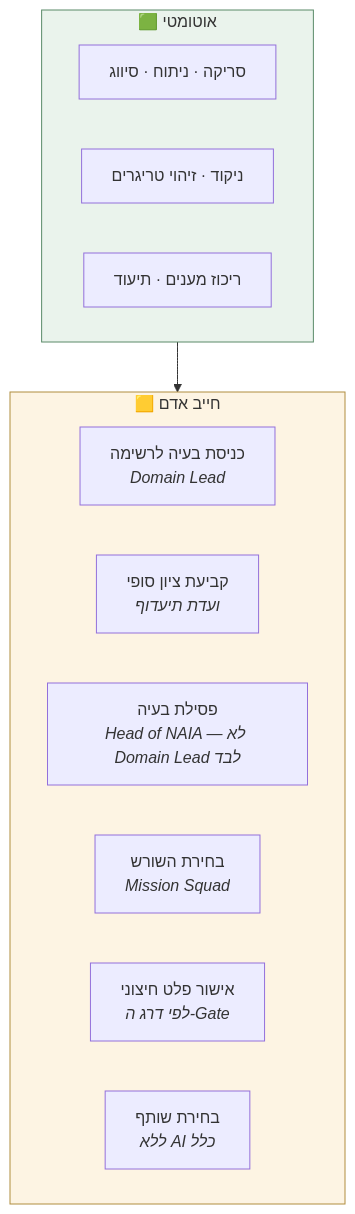
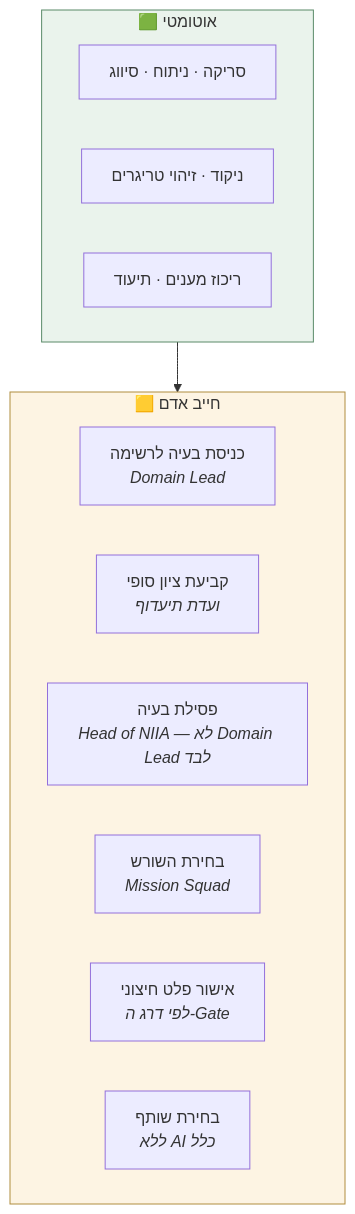
One commit to Strauss-X-Labs/NAIA-Playbook changed the sixth of 6 diagrams in Playbook V2/08-ארכיטקטורת-המימוש/00-מפת-הזרימה-המלאה.md. Above: the diagram before and after it, drawn with Mermaid. The commit also changed other lines of this file and 51 other files, not shown here.

First line of the commit message:
מתודולוגיה: עקרונות, מרשם שכבת הניהול, משקלות, Head of NIIA ותהליך עדכון

````diff
--- a/Playbook V2/08-ארכיטקטורת-המימוש/00-מפת-הזרימה-המלאה.md
+++ b/Playbook V2/08-ארכיטקטורת-המימוש/00-מפת-הזרימה-המלאה.md
@@ -252,19 +252,19 @@
 ```mermaid
 flowchart TB
     subgraph AUTO["🟩 אוטומטי"]
         X1["סריקה · ניתוח · סיווג"]
         X2["ניקוד · זיהוי טריגרים"]
         X3["ריכוז מענים · תיעוד"]
     end
     subgraph HUMAN["🟨 חייב אדם"]
         Y1["כניסת בעיה לרשימה<br/><i>Domain Lead</i>"]
         Y2["קביעת ציון סופי<br/><i>ועדת תיעדוף</i>"]
-        Y3["פסילת בעיה<br/><i>Head of NAIA — לא Domain Lead לבד</i>"]
+        Y3["פסילת בעיה<br/><i>Head of NIIA — לא Domain Lead לבד</i>"]
         Y4["בחירת השורש<br/><i>Mission Squad</i>"]
         Y5["אישור פלט חיצוני<br/><i>לפי דרג ה-Gate</i>"]
         Y6["בחירת שותף<br/><i>ללא AI כלל</i>"]
     end
     AUTO --> HUMAN
     style AUTO fill:#eaf3ec,stroke:#5a8a68
     style HUMAN fill:#fdf4e3,stroke:#b08d3f
 ```
````
